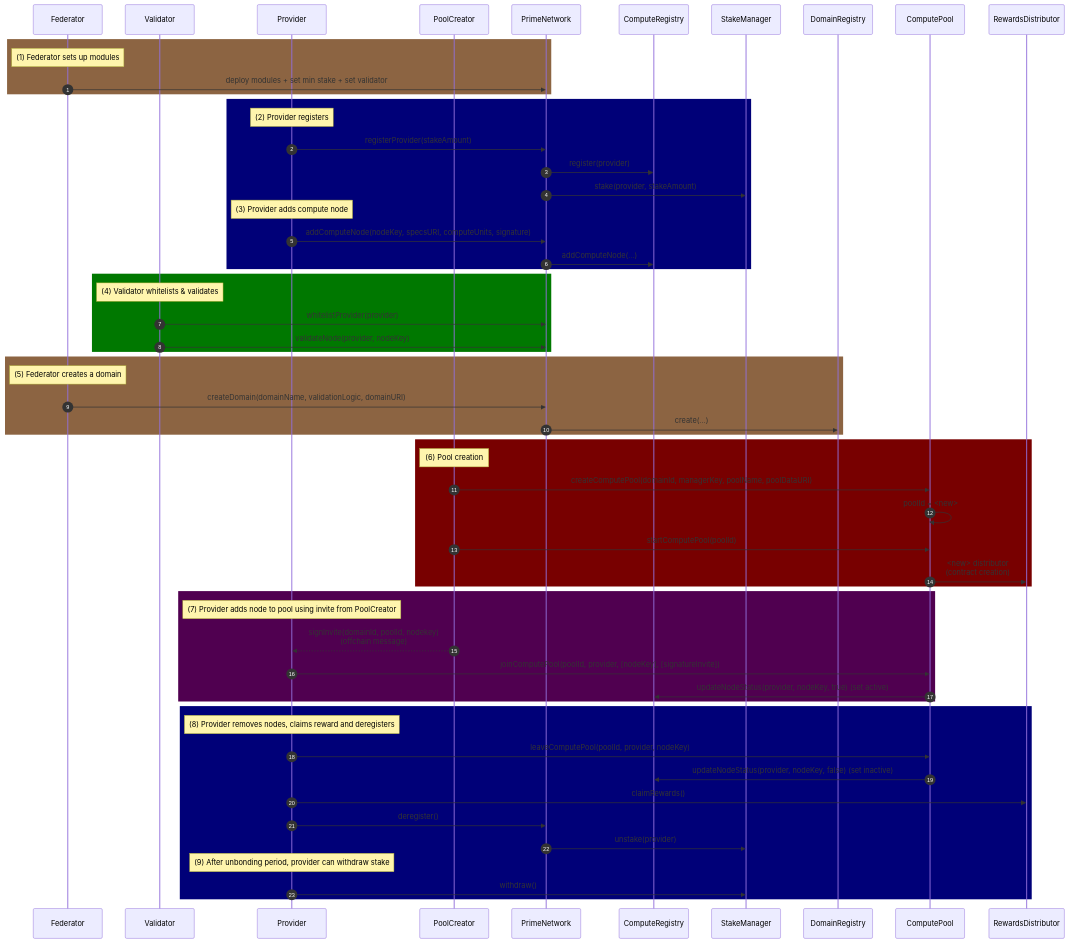
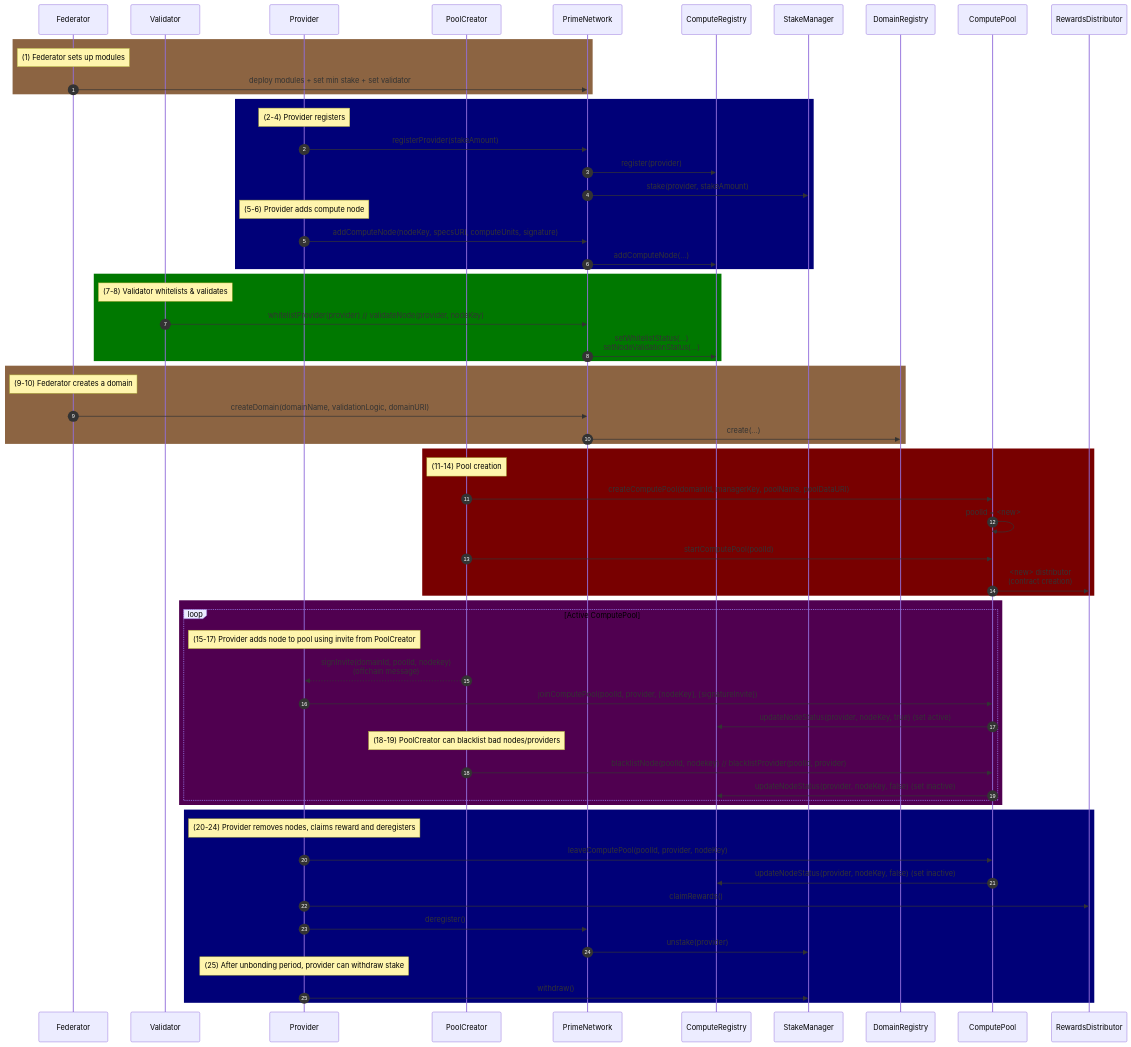
Before and after one commit to outwrit/smart-contracts: the diagram in README.md, drawn with Mermaid.

Commit message:
add blacklist flow and compute loop

````diff
--- a/README.md
+++ b/README.md
@@ -90,69 +90,74 @@
 ```mermaid
 sequenceDiagram
     autonumber
     participant F as Federator
     participant V as Validator
     participant P as Provider
     participant PC as PoolCreator
     participant PN as PrimeNetwork
     participant CR as ComputeRegistry
     participant SM as StakeManager
     participant DR as DomainRegistry
     participant CP as ComputePool
     participant RD as RewardsDistributor
 
     rect rgb(140, 100, 66)
     Note over F: (1) Federator sets up modules
     F->>PN: deploy modules  + set min stake + set validator
     end
 
     rect rgb(0, 0, 120)
-    Note over P: (2) Provider registers
+    Note over P: (2-4) Provider registers
     P->>PN: registerProvider(stakeAmount)
     PN->>CR: register(provider)
     PN->>SM: stake(provider, stakeAmount)
 
-    Note over P: (3) Provider adds compute node
+    Note over P: (5-6) Provider adds compute node
     P->>PN: addComputeNode(nodeKey, specsURI, computeUnits, signature)
     PN->>CR: addComputeNode(...)
     end
 
     rect rgb(0, 120, 0)
-    Note over V: (4) Validator whitelists & validates
-    V->>PN: whitelistProvider(provider)
-    V->>PN: validateNode(provider, nodeKey)
+    Note over V: (7-8) Validator whitelists & validates
+    V->>PN: whitelistProvider(provider) // validateNode(provider, nodeKey)
+    PN->>CR: setWhitelistStatus(...) <br/> setNodeValidationStatus(...)
     end
 
     rect rgb(140, 100, 66)
-    Note over F: (5) Federator creates a domain
+    Note over F: (9-10) Federator creates a domain
     F->>PN: createDomain(domainName, validationLogic, domainURI)
     PN->>DR: create(...)
     end
 
     rect rgb(120, 0, 0)
-    Note over PC: (6) Pool creation
+    Note over PC: (11-14) Pool creation
     PC->>CP: createComputePool(domainId, managerKey, poolName, poolDataURI)
     CP->>CP: poolId = <new>
     PC->>CP: startComputePool(poolId)
     CP->>RD: <new> distributor <br /> (contract creation)
     end
     rect rgb(80, 0, 80)
-    Note over P: (7) Provider adds node to pool using invite from PoolCreator
+    loop Active ComputePool
+    Note over P: (15-17) Provider adds node to pool using invite from PoolCreator
     PC-->>P: signInvite(domainId, poolId, nodekey) <br /> (offchain message)
     P->>CP: joinComputePool(poolId, provider, [nodeKey], [signatureInvite])
     CP->>CR: updateNodeStatus(provider, nodeKey, true) (set active)
+    Note over PC: (18-19) PoolCreator can blacklist bad nodes/providers
+    PC->>CP: blacklistNode(poolId, nodekey) // blacklistProvider(poolId, provider)
+    CP->>CR: updateNodeStatus(provider, nodeKey, false) (set inactive)
     end
-    
+    end
 
     rect rgb(0, 0, 120)
-    Note over P: (8) Provider removes nodes, claims reward and deregisters
+    Note over P: (20-24) Provider removes nodes, claims reward and deregisters
     P->>CP: leaveComputePool(poolId, provider, nodeKey)
     CP->>CR: updateNodeStatus(provider, nodeKey, false) (set inactive)
     P->>RD: claimRewards()
     P->>PN: deregister()
     PN->>SM: unstake(provider)
 
-    Note over P: (9) After unbonding period, provider can withdraw stake
+    Note over P: (25) After unbonding period, provider can withdraw stake
     P->>SM: withdraw()
     end
+
 ```
````
